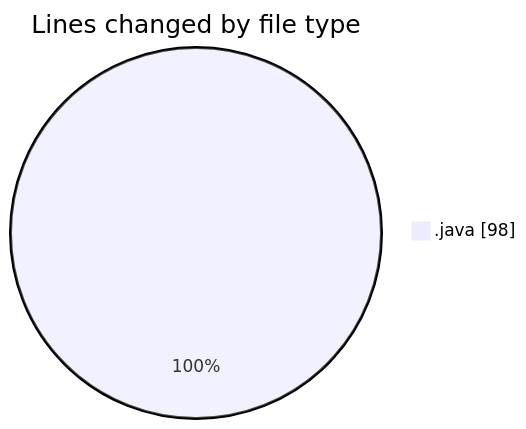
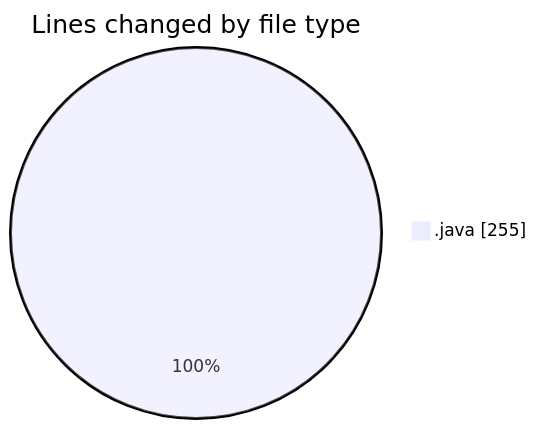
One commit to ricardozamudiocil/code-tracking changed the first of 2 diagrams in 2026-10-20/cilwebcustomercomunication/README.md. Above: the diagram before and after it, drawn with Mermaid. The commit also changed other lines of this file and 1 other file, not shown here.

````diff
--- a/2026-10-20/cilwebcustomercomunication/README.md
+++ b/2026-10-20/cilwebcustomercomunication/README.md
@@ -21,5 +22,5 @@
 ```mermaid
 pie showData
 title Lines changed by file type
-".java" : 98
+".java" : 255
 ```
````
